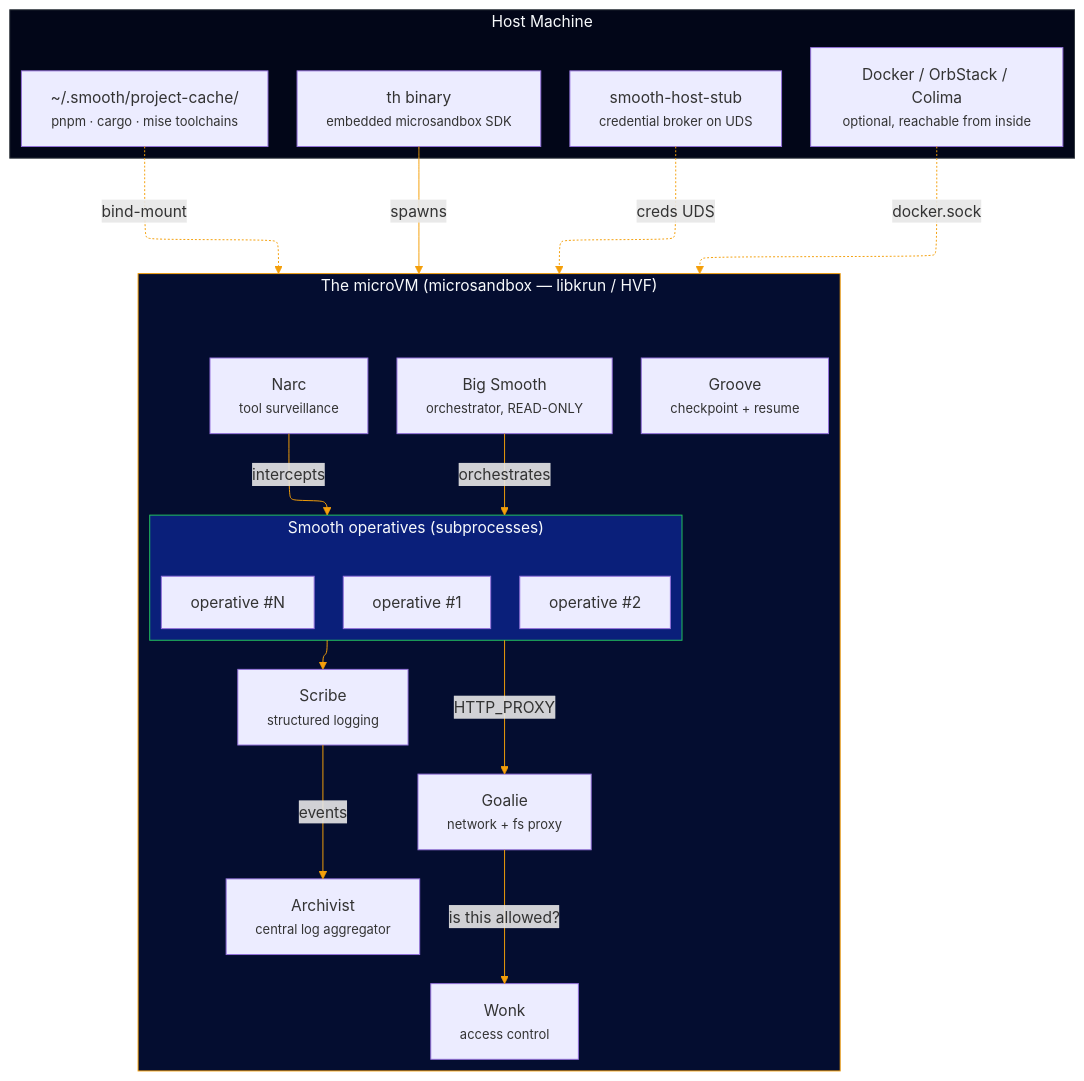
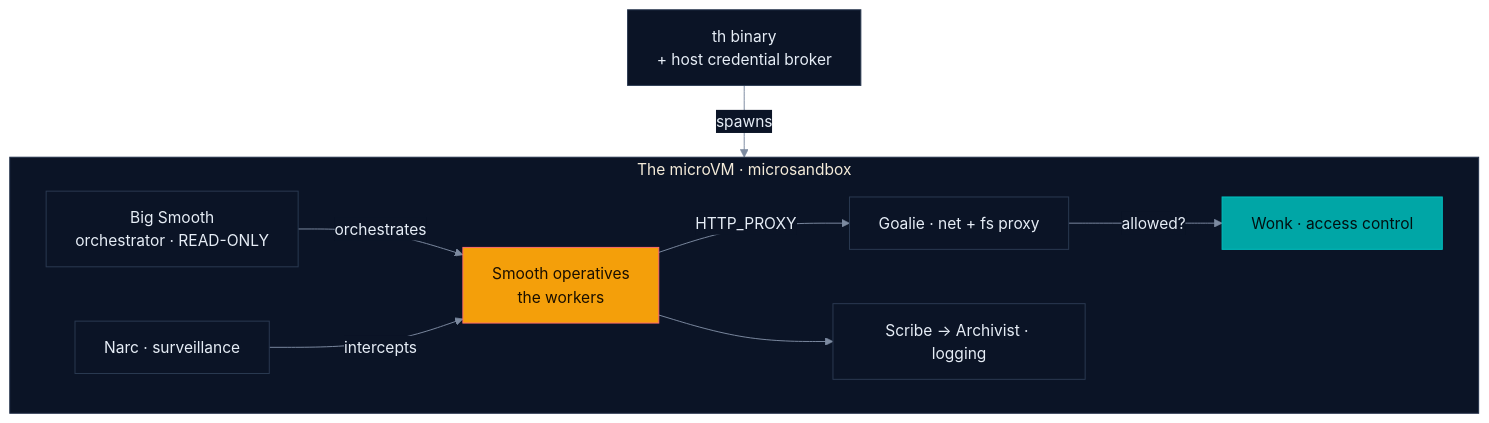
One commit to SmooAI/smooth changed the second of 5 diagrams in README.md. Above: the diagram before and after it, drawn with Mermaid. The commit also changed other lines of this file and 2 other files, not shown here.

Commit message:
chore: glow up README + diagrams — hero banner, marketing callout

````diff
--- a/README.md
+++ b/README.md
@@ -201,41 +184,29 @@
 ```mermaid
-%%{init: {"flowchart": {"defaultRenderer": "elk"}, "themeVariables": {"lineColor": "#f49f0a"}}}%%
-graph TB
-    subgraph Host["Host Machine"]
-        TH["th binary<br/><small>embedded microsandbox SDK</small>"]
-        HS["smooth-host-stub<br/><small>credential broker on UDS</small>"]
-        DOCK["Docker / OrbStack / Colima<br/><small>optional, reachable from inside</small>"]
-        CACHE["~/.smooth/project-cache/<br/><small>pnpm · cargo · mise toolchains</small>"]
-    end
+%%{init: {'theme':'base','themeVariables':{
+  'background':'#020618','primaryColor':'#0b1426','primaryTextColor':'#e6edf6','primaryBorderColor':'#2b3a52',
+  'lineColor':'#7c8aa0','secondaryColor':'#0b1426','tertiaryColor':'#0b1426','fontFamily':'ui-sans-serif, system-ui, sans-serif',
+  'clusterBkg':'#0b1426','clusterBorder':'#22304a'}}}%%
+flowchart TB
+    TH["th binary<br/>+ host credential broker"]
 
-    subgraph VM["The microVM (microsandbox — libkrun / HVF)"]
-        BS["Big Smooth<br/><small>orchestrator, READ-ONLY</small>"]
-        AR["Archivist<br/><small>central log aggregator</small>"]
-        W["Wonk<br/><small>access control</small>"]
-        G["Goalie<br/><small>network + fs proxy</small>"]
-        N["Narc<br/><small>tool surveillance</small>"]
-        SC["Scribe<br/><small>structured logging</small>"]
-        GR["Groove<br/><small>checkpoint + resume</small>"]
-
-        subgraph Ops["Smooth operatives (subprocesses)"]
-            OP1["operative #1"]
-            OP2["operative #2"]
-            OP3["operative #N"]
-        end
+    subgraph VM["The microVM · microsandbox"]
+        BS["Big Smooth<br/>orchestrator · READ-ONLY"]
+        W["Wonk · access control"]
+        G["Goalie · net + fs proxy"]
+        N["Narc · surveillance"]
+        SC["Scribe → Archivist · logging"]
+        OPS["Smooth operatives<br/>the workers"]
     end
 
     TH -->|spawns| VM
-    HS -.->|creds UDS| VM
-    DOCK -.->|docker.sock| VM
-    CACHE -.->|bind-mount| VM
-    BS -->|orchestrates| Ops
-    Ops -->|HTTP_PROXY| G
-    G -->|"is this allowed?"| W
-    N -->|intercepts| Ops
-    Ops --> SC
-    SC -->|events| AR
+    BS -->|orchestrates| OPS
+    OPS -->|HTTP_PROXY| G
+    G -->|"allowed?"| W
+    N -->|intercepts| OPS
+    OPS --> SC
 
-    style Host fill:#020618,stroke:#30363d,color:#f8fafc
-    style VM fill:#040d30,stroke:#f49f0a,color:#f8fafc
-    style Ops fill:#0a1f7a,stroke:#22c55e,color:#f8fafc
+    classDef warm fill:#f49f0a,stroke:#ff6b6c,color:#1a0f00;
+    classDef teal fill:#00a6a6,stroke:#00c2c2,color:#011;
+    class OPS warm
+    class W teal
 ```
````
